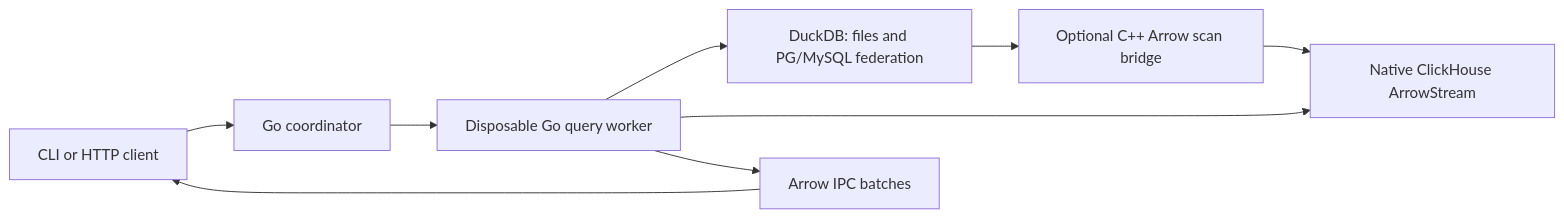
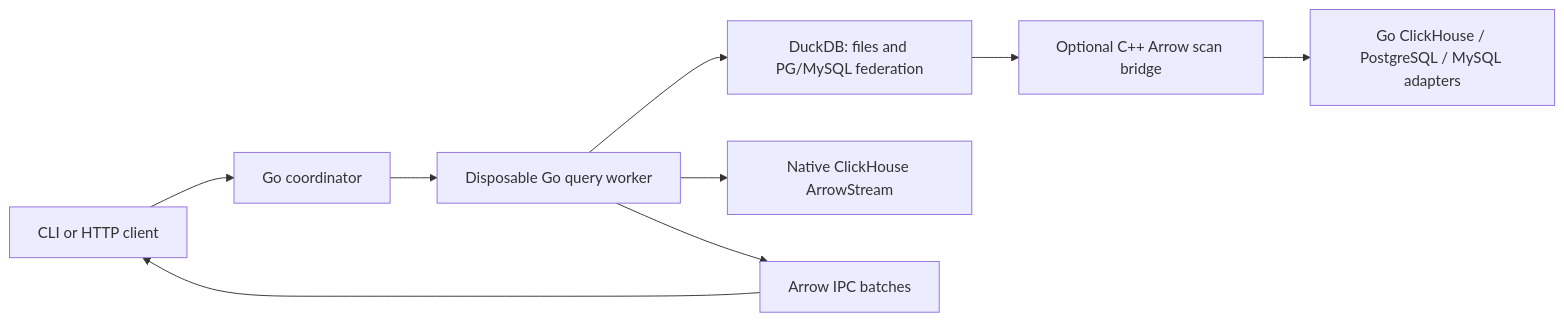
The diagram in docs/architecture.md (SyneHQ/kelvo-go), drawn with Mermaid before and after one commit. The commit also changed other lines of this file and 8 other files, not shown here.

````diff
--- a/docs/architecture.md
+++ b/docs/architecture.md
@@ -7,11 +7,11 @@
 ```mermaid
 flowchart LR
     Client[CLI or HTTP client] --> Coordinator[Go coordinator]
     Coordinator --> Worker[Disposable Go query worker]
     Worker --> DuckDB[DuckDB: files and PG/MySQL federation]
     DuckDB --> Bridge[Optional C++ Arrow scan bridge]
-    Bridge --> ClickHouse
+    Bridge --> Native[Go ClickHouse / PostgreSQL / MySQL adapters]
     Worker --> ClickHouse[Native ClickHouse ArrowStream]
     Worker --> Arrow[Arrow IPC batches]
     Arrow --> Client
 ```
````
